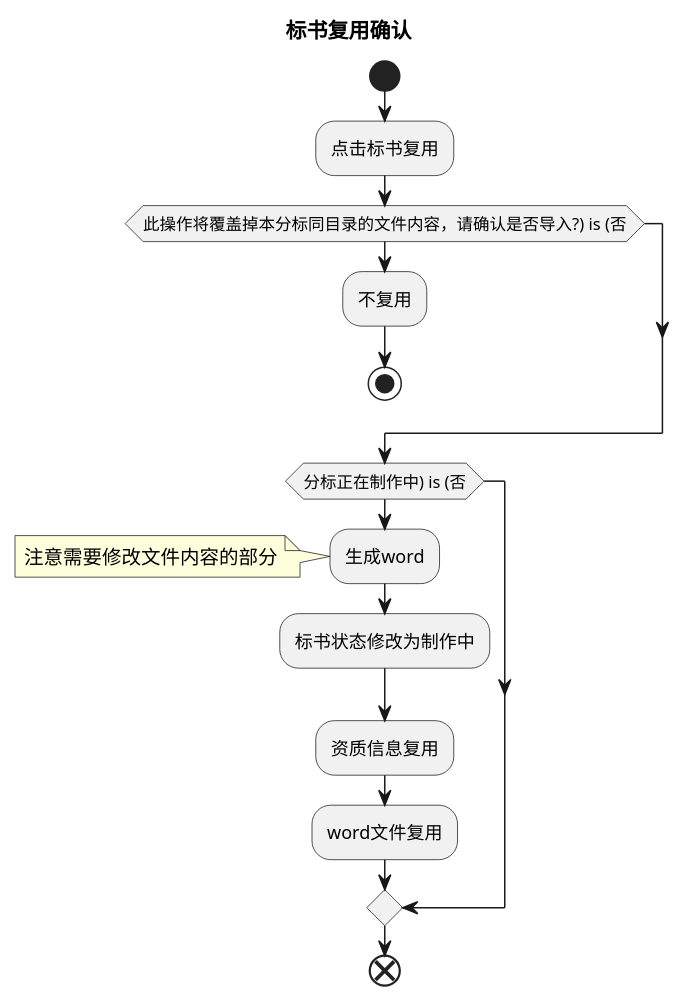
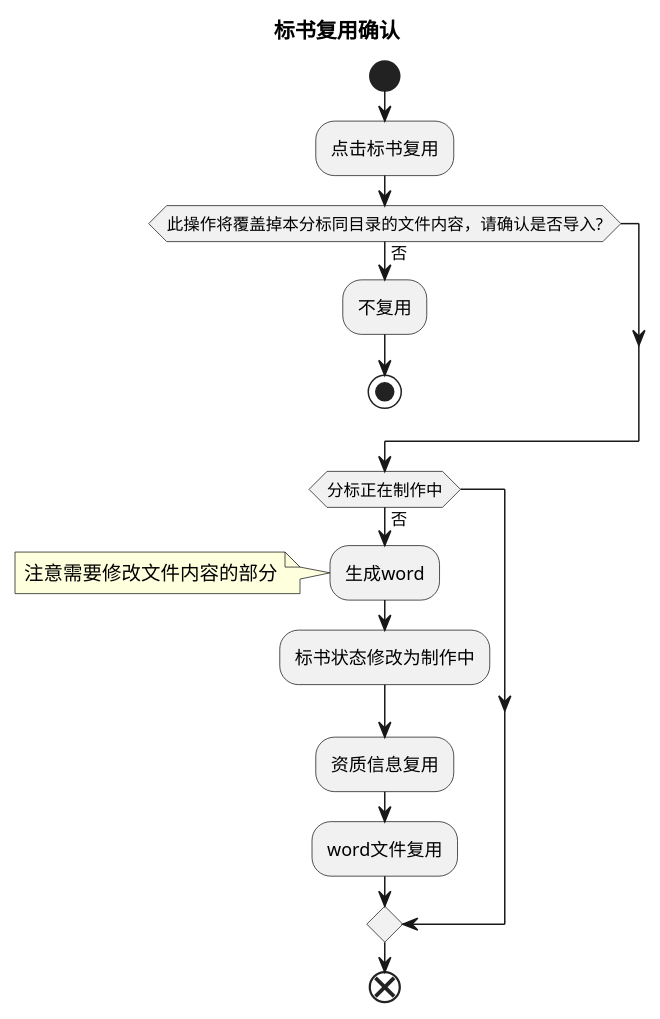
One commit to Kenny-Tang/example-lnsoft changed the fourth of 6 diagrams in doc/方案设计文档/20250106-标书复用/标书复用.md. Above: the diagram before and after it, drawn with PlantUML. The commit also changed other lines of this file and 1 other file, not shown here.

Commit message:
modify plantuml syntax error

````diff
--- a/doc/方案设计文档/20250106-标书复用/标书复用.md
+++ b/doc/方案设计文档/20250106-标书复用/标书复用.md
@@ -144,22 +143,22 @@
 ```plantuml
 title 标书复用确认
 |客户端|
 start
 :点击标书复用;
-if (此操作将覆盖掉本分标同目录的文件内容，请确认是否导入?) is (否)
+if (此操作将覆盖掉本分标同目录的文件内容，请确认是否导入?) is (否) then
     :不复用;
     stop
 endif
-if (分标正在制作中) is (否)
+if (分标正在制作中) is (否) then
 :生成word;
 note
     注意需要修改文件内容的部分
 endnote
 :标书状态修改为制作中;
 :资质信息复用;
 
 '关联项拷贝复用文件的对应资质信息（拷贝数据库中存储的资质信息），如果资质信息字段的文本格式不一致时（下拉框时需要判断下拉的内容是否一致），则不导入资质信息
 :word文件复用; 
 endif 
 end
 ```
````
